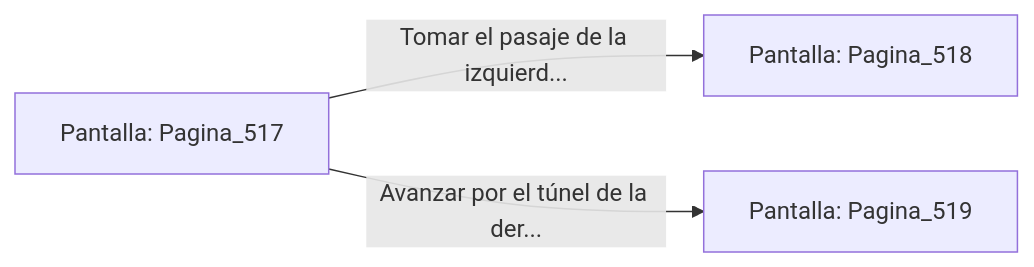
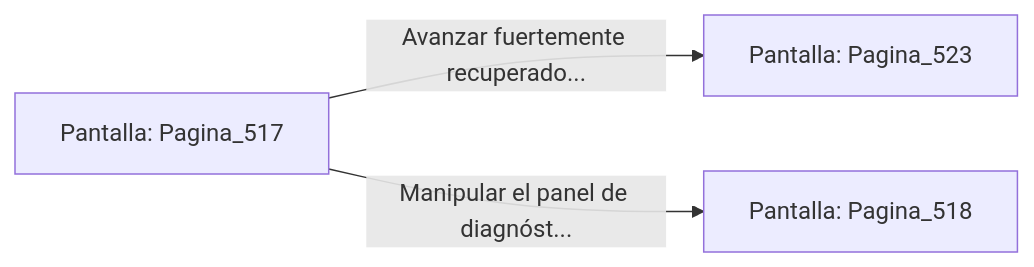
One commit to metsuke/mpl changed the diagram in sample/eligejuego-vault/Pantalla_Pagina_517.md. Above: the diagram before and after it, drawn with Mermaid. The commit also changed other lines of this file and 635 other files, not shown here.

First line of the commit message:
fix: añadir Pagina_1 como pantalla inicial en capitulo_01.mpl

````diff
--- a/sample/eligejuego-vault/Pantalla_Pagina_517.md
+++ b/sample/eligejuego-vault/Pantalla_Pagina_517.md
@@ -20,6 +24,6 @@
 ```mermaid
 graph LR
     P_Pagina_517["Pantalla: Pagina_517"]
-    P_Pagina_517 -->|"Tomar el pasaje de la izquierd..."| P_Pagina_518["Pantalla: Pagina_518"]
-    P_Pagina_517 -->|"Avanzar por el túnel de la der..."| P_Pagina_519["Pantalla: Pagina_519"]
+    P_Pagina_517 -->|"Avanzar fuertemente recuperado..."| P_Pagina_523["Pantalla: Pagina_523"]
+    P_Pagina_517 -->|"Manipular el panel de diagnóst..."| P_Pagina_518["Pantalla: Pagina_518"]
 ```
````
